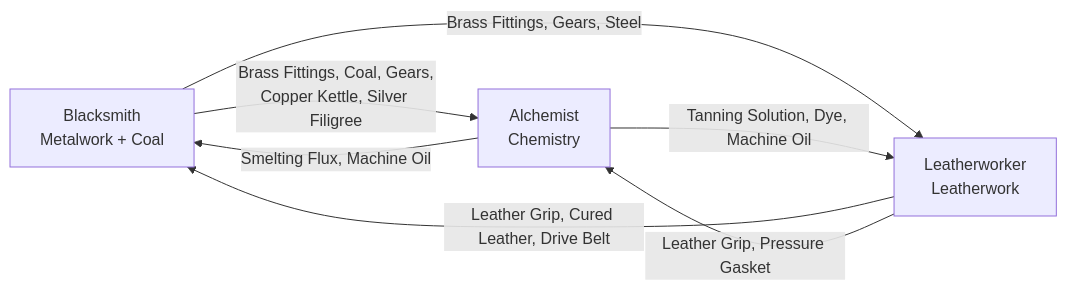
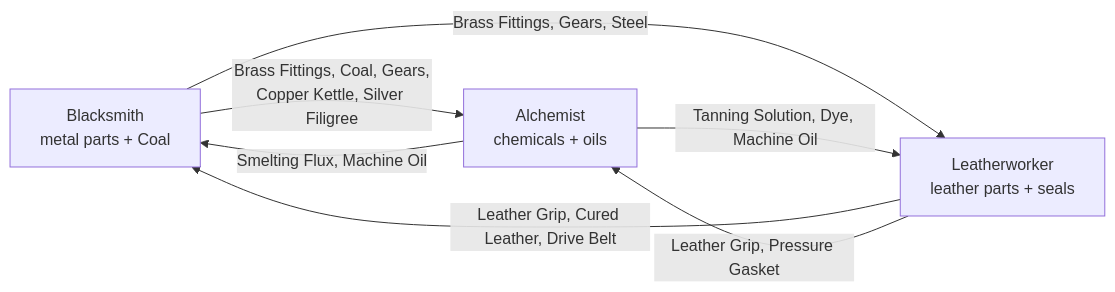
One commit to MarcialPimentel/guildie changed the diagram in docs/professions.md. Above: the diagram before and after it, drawn with Mermaid. The commit also changed other lines of this file and 2 other files, not shown here.

````diff
--- a/docs/professions.md
+++ b/docs/professions.md
@@ -50,12 +259,12 @@
 ```mermaid
 flowchart LR
-    BS["Blacksmith<br/>Metalwork + Coal"]
-    AL["Alchemist<br/>Chemistry"]
-    LW["Leatherworker<br/>Leatherwork"]
+    BS["Blacksmith<br/>metal parts + Coal"]
+    AL["Alchemist<br/>chemicals + oils"]
+    LW["Leatherworker<br/>leather parts + seals"]
     BS -- "Brass Fittings, Coal, Gears,<br/>Copper Kettle, Silver Filigree" --> AL
     BS -- "Brass Fittings, Gears, Steel" --> LW
     AL -- "Smelting Flux, Machine Oil" --> BS
     AL -- "Tanning Solution, Dye, Machine Oil" --> LW
     LW -- "Leather Grip, Cured Leather, Drive Belt" --> BS
     LW -- "Leather Grip, Pressure Gasket" --> AL
 ```
````
